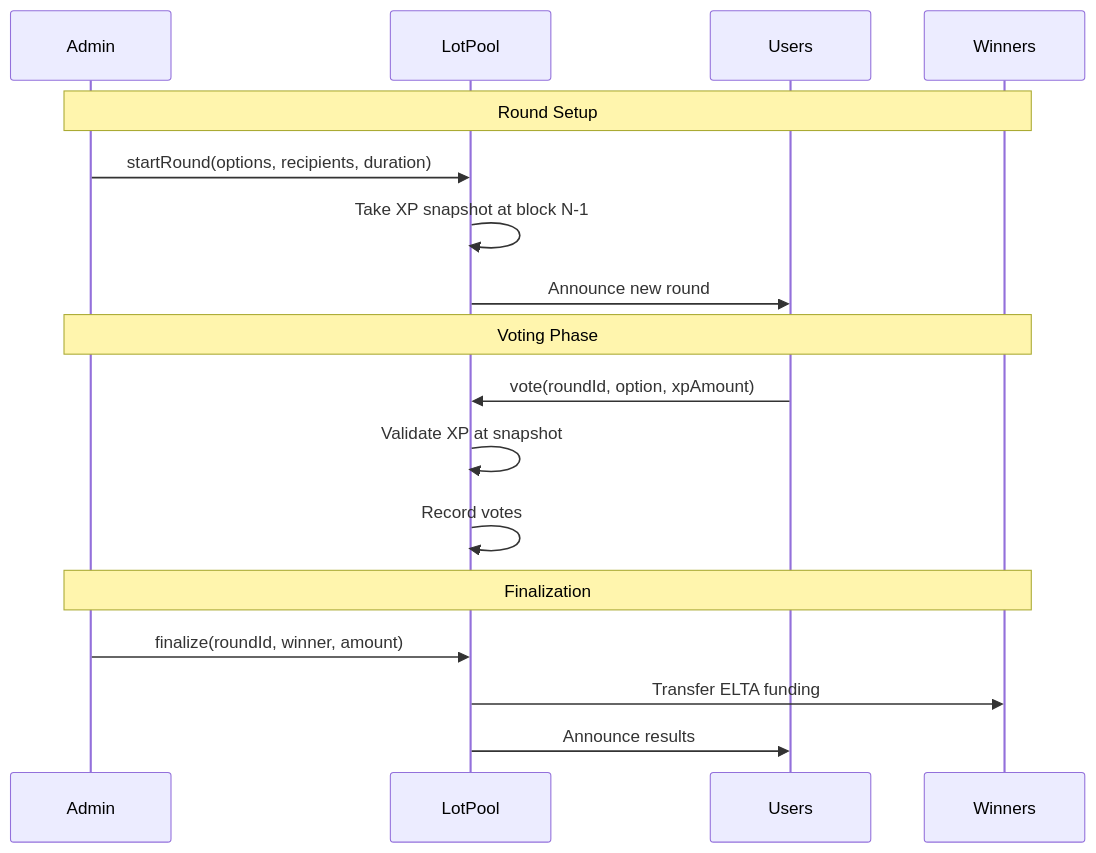
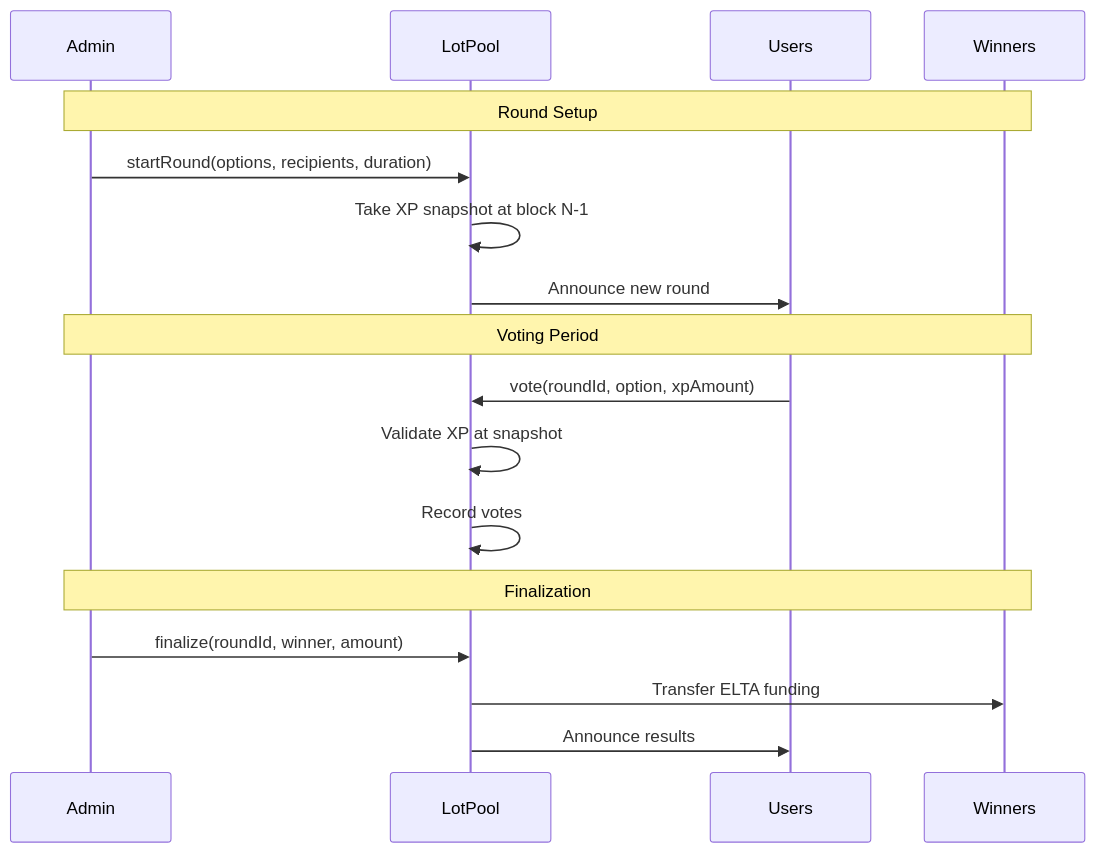
The eighth of 10 diagrams in README.md (Elata-Biosciences/elata-protocol), drawn with Mermaid before and after one commit. The commit also changed other lines of this file and 23 other files, not shown here.

````diff
--- a/README.md
+++ b/README.md
@@ -481,22 +701,22 @@
 ```mermaid
 sequenceDiagram
     participant Admin
     participant LotPool
     participant Users
     participant Winners
     
     Note over Admin, Winners: Round Setup
     Admin->>LotPool: startRound(options, recipients, duration)
     LotPool->>LotPool: Take XP snapshot at block N-1
     LotPool->>Users: Announce new round
     
-    Note over Admin, Winners: Voting Phase
+    Note over Admin, Winners: Voting Period
     Users->>LotPool: vote(roundId, option, xpAmount)
     LotPool->>LotPool: Validate XP at snapshot
     LotPool->>LotPool: Record votes
     
     Note over Admin, Winners: Finalization
     Admin->>LotPool: finalize(roundId, winner, amount)
     LotPool->>Winners: Transfer ELTA funding
     LotPool->>Users: Announce results
 ```
````
